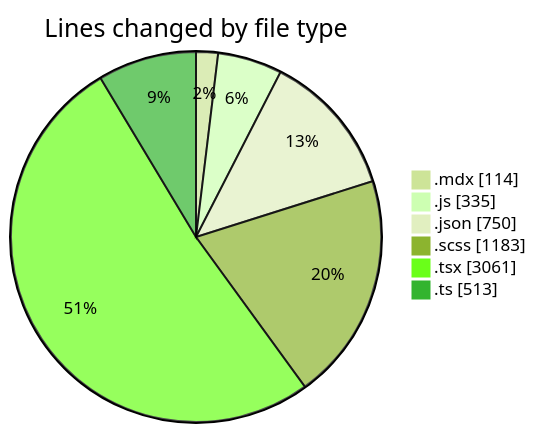
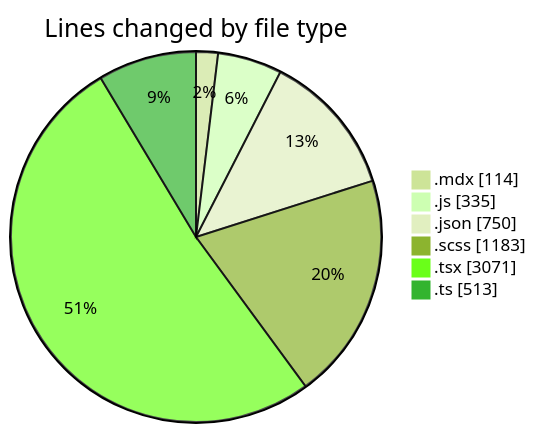
One commit to momahboobian/code-tracking changed the first of 2 diagrams in 2026-08-13/cda/README.md. Above: the diagram before and after it, drawn with Mermaid (forest theme). The commit also changed other lines of this file and 1 other file, not shown here.

````diff
--- a/2026-08-13/cda/README.md
+++ b/2026-08-13/cda/README.md
@@ -46,10 +46,10 @@
 ```mermaid
 pie showData
 title Lines changed by file type
 ".mdx" : 114
 ".js" : 335
 ".json" : 750
 ".scss" : 1183
-".tsx" : 3061
+".tsx" : 3071
 ".ts" : 513
 ```
````
